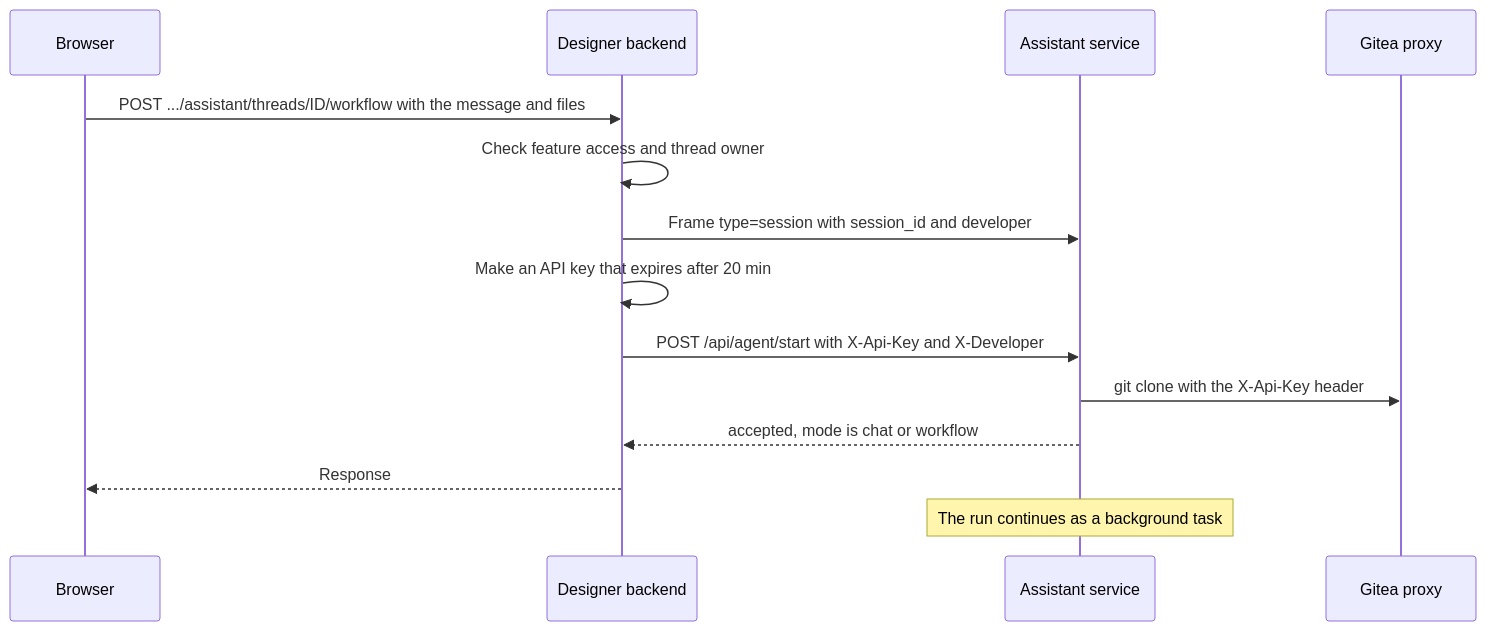
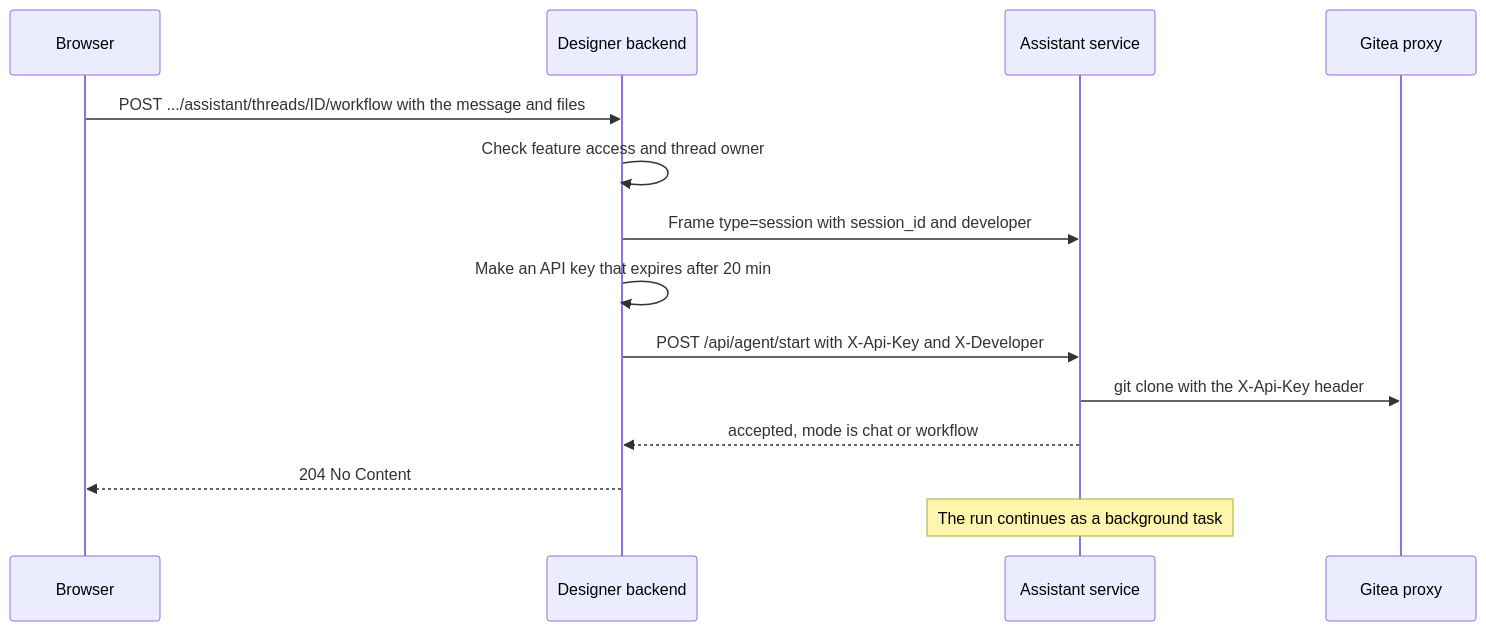
The fourth of 10 diagrams in src/AI/assistant/docs/2-system-context.md (Altinn/altinn-studio), drawn with Mermaid before and after one commit. The commit also changed 16 other files, not shown here.

````diff
--- a/src/AI/assistant/docs/2-system-context.md
+++ b/src/AI/assistant/docs/2-system-context.md
@@ -60,16 +60,16 @@
 ```mermaid
 sequenceDiagram
   participant B as Browser
   participant D as Designer backend
   participant A as Assistant service
   participant G as Gitea proxy
   B->>D: POST .../assistant/threads/ID/workflow with the message and files
   D->>D: Check feature access and thread owner
   D->>A: Frame type=session with session_id and developer
   D->>D: Make an API key that expires after 20 min
   D->>A: POST /api/agent/start with X-Api-Key and X-Developer
   A->>G: git clone with the X-Api-Key header
   A-->>D: accepted, mode is chat or workflow
-  D-->>B: Response
+  D-->>B: 204 No Content
   Note over A: The run continues as a background task
 ```
````
